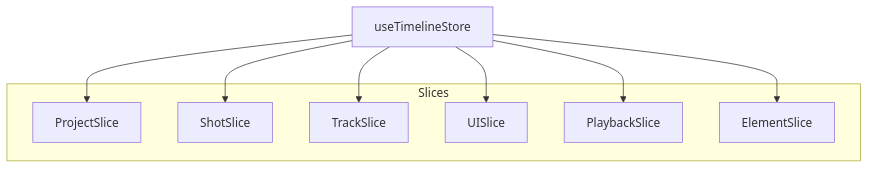
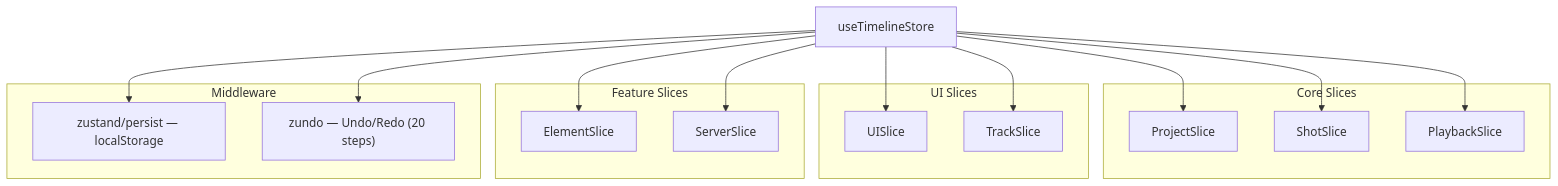
The first of 3 diagrams in docs/04_frontend_state.md (mainza-ai/milimovideo), drawn with Mermaid before and after one commit. The commit also changed other lines of this file and 14 other files, not shown here.

````diff
--- a/docs/04_frontend_state.md
+++ b/docs/04_frontend_state.md
@@ -7,20 +7,35 @@
 ```mermaid
 graph TD
     Store[useTimelineStore]
     
-    subgraph Slices
+    subgraph "Core Slices"
         Project[ProjectSlice]
         Shot[ShotSlice]
+        Playback[PlaybackSlice]
+    end
+
+    subgraph "UI Slices"
+        UI[UISlice]
         Track[TrackSlice]
-        UI[UISlice]
-        Playback[PlaybackSlice]
+    end
+
+    subgraph "Feature Slices"
         Element[ElementSlice]
+        Server[ServerSlice]
+    end
+
+    subgraph "Middleware"
+        Persist["zustand/persist — localStorage"]
+        Temporal["zundo — Undo/Redo (20 steps)"]
     end
     
     Store --> Project
     Store --> Shot
+    Store --> Playback
+    Store --> UI
     Store --> Track
-    Store --> UI
-    Store --> Playback
     Store --> Element
+    Store --> Server
+    Store --> Persist
+    Store --> Temporal
 ```
````
